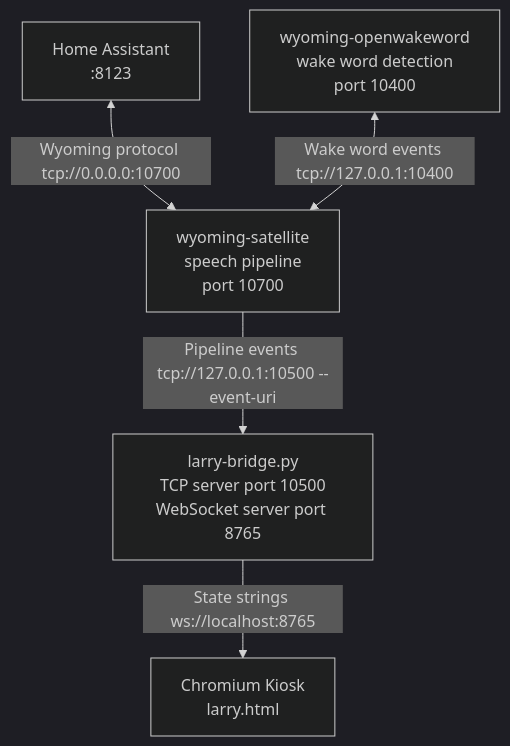
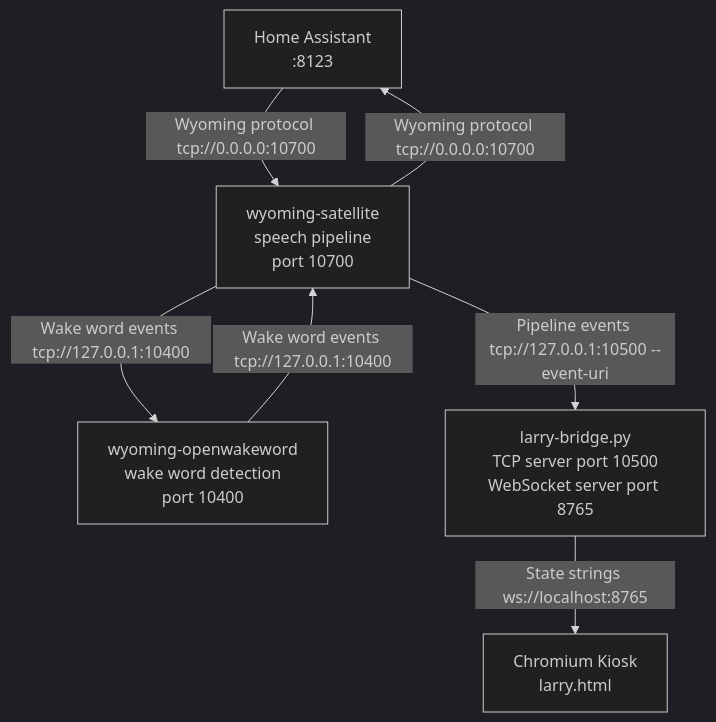
Before and after one commit to SolarSpore/LARRY---kiosk-robot: the first of 2 diagrams in README.md, drawn with Mermaid (dark theme).

````diff
--- a/README.md
+++ b/README.md
@@ -31,13 +31,15 @@
 ```mermaid
 graph TD
     HA["Home Assistant<br/><HA_IP>:8123"]
     WY["wyoming-satellite<br/>speech pipeline<br/>port 10700"]
     OW["wyoming-openwakeword<br/>wake word detection<br/>port 10400"]
     LB["larry-bridge.py<br/>TCP server port 10500<br/>WebSocket server port 8765"]
     CR["Chromium Kiosk<br/>larry.html"]
 
-    HA <-->|"Wyoming protocol tcp://0.0.0.0:10700"| WY
-    OW <-->|"Wake word events tcp://127.0.0.1:10400"| WY
+    HA -->|"Wyoming protocol tcp://0.0.0.0:10700"| WY
+    WY -->|"Wyoming protocol tcp://0.0.0.0:10700"| HA
+    OW -->|"Wake word events tcp://127.0.0.1:10400"| WY
+    WY -->|"Wake word events tcp://127.0.0.1:10400"| OW
     WY -->|"Pipeline events tcp://127.0.0.1:10500 --event-uri"| LB
     LB -->|"State strings ws://localhost:8765"| CR
 ```
````
